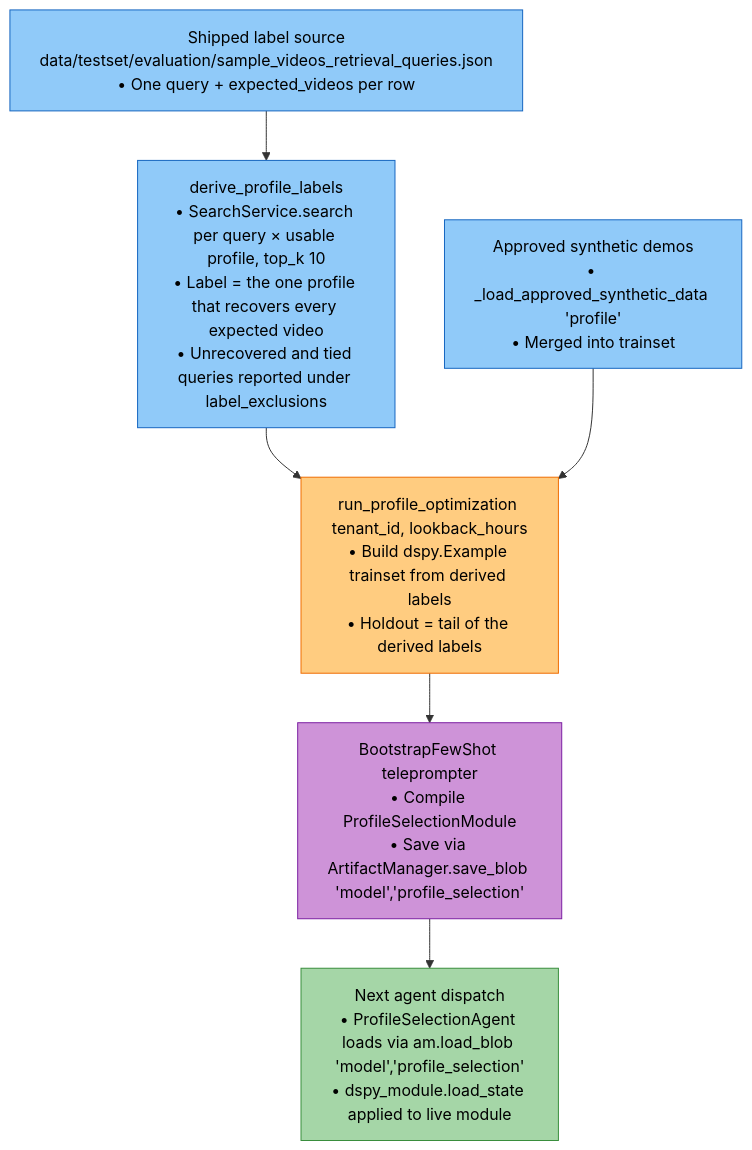
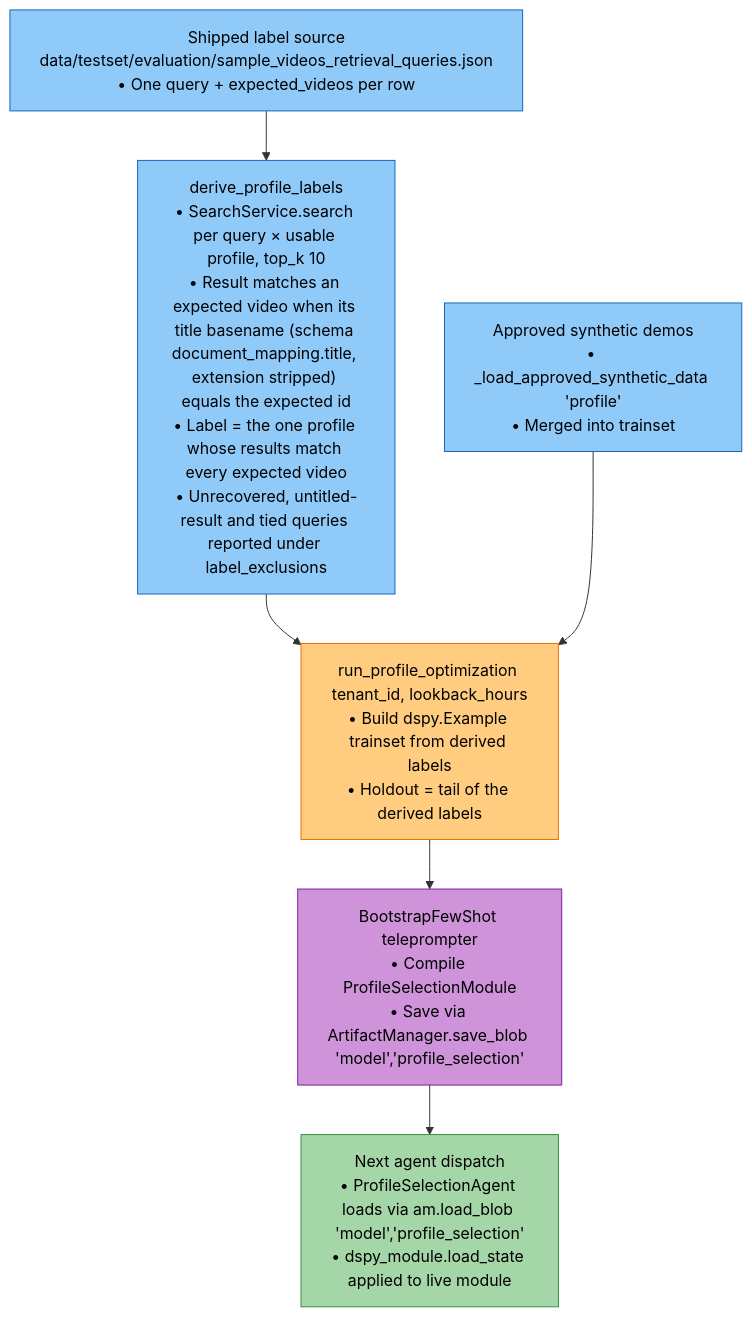
The third of 4 diagrams in docs/modules/optimization.md (amit-jain/cogniverse), drawn with Mermaid before and after one commit. The commit also changed other lines of this file and 4 other files, not shown here.

````diff
--- a/docs/modules/optimization.md
+++ b/docs/modules/optimization.md
@@ -200,21 +200,21 @@
 ```mermaid
 flowchart TB
     Source["<span style='color:#000'>Shipped label source<br/>data/testset/evaluation/sample_videos_retrieval_queries.json<br/>• One query + expected_videos per row</span>"]
 
-    Source --> Derive["<span style='color:#000'>derive_profile_labels<br/>• SearchService.search per query × usable profile, top_k 10<br/>• Label = the one profile that recovers every expected video<br/>• Unrecovered and tied queries reported under label_exclusions</span>"]
+    Source --> Derive["<span style='color:#000'>derive_profile_labels<br/>• SearchService.search per query × usable profile, top_k 10<br/>• Result matches an expected video when its title basename (schema document_mapping.title, extension stripped) equals the expected id<br/>• Label = the one profile whose results match every expected video<br/>• Unrecovered, untitled-result and tied queries reported under label_exclusions</span>"]
 
     Derive --> RunOpt["<span style='color:#000'>run_profile_optimization tenant_id, lookback_hours<br/>• Build dspy.Example trainset from derived labels<br/>• Holdout = tail of the derived labels</span>"]
 
     Synthetic["<span style='color:#000'>Approved synthetic demos<br/>• _load_approved_synthetic_data 'profile'<br/>• Merged into trainset</span>"] --> RunOpt
 
     RunOpt --> Compile["<span style='color:#000'>BootstrapFewShot teleprompter<br/>• Compile ProfileSelectionModule<br/>• Save via ArtifactManager.save_blob 'model','profile_selection'</span>"]
 
     Compile --> Reload["<span style='color:#000'>Next agent dispatch<br/>• ProfileSelectionAgent loads via am.load_blob 'model','profile_selection'<br/>• dspy_module.load_state applied to live module</span>"]
 
     style Source fill:#90caf9,stroke:#1565c0,color:#000
     style Derive fill:#90caf9,stroke:#1565c0,color:#000
     style Synthetic fill:#90caf9,stroke:#1565c0,color:#000
     style RunOpt fill:#ffcc80,stroke:#ef6c00,color:#000
     style Compile fill:#ce93d8,stroke:#7b1fa2,color:#000
     style Reload fill:#a5d6a7,stroke:#388e3c,color:#000
 ```
````
